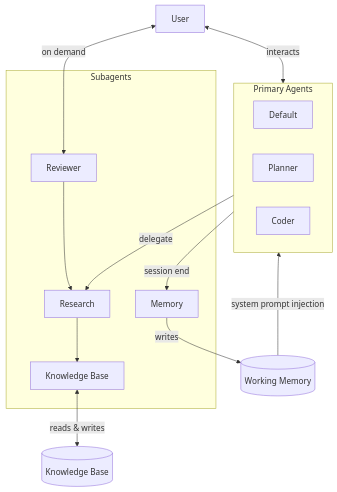
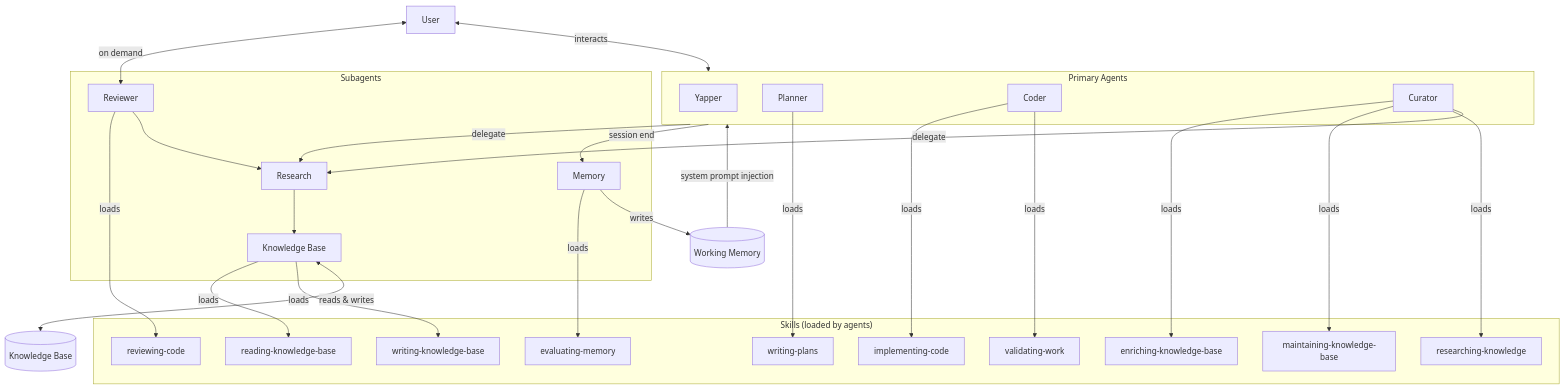
One commit to eeternalsadness/vibe-ai-agent-harness changed the diagram in README.md. Above: the diagram before and after it, drawn with Mermaid. The commit also changed other lines of this file and 1 other file, not shown here.

````diff
--- a/README.md
+++ b/README.md
@@ -15,33 +15,59 @@
 ```mermaid
 graph TD
     User
 
     subgraph Primary["Primary Agents"]
-        Default
+        Yapper
         Planner
         Coder
+        Curator
     end
 
     subgraph Subagents
         Research
         KnowledgeBase[Knowledge Base]
         Memory
         Reviewer
+    end
+
+    subgraph Skills["Skills (loaded by agents)"]
+        WritingPlans[writing-plans]
+        ImplementingCode[implementing-code]
+        ValidatingWork[validating-work]
+        EnrichingKB[enriching-knowledge-base]
+        MaintainingKB[maintaining-knowledge-base]
+        ResearchingKN[researching-knowledge]
+        ReadingKB[reading-knowledge-base]
+        WritingKB[writing-knowledge-base]
+        EvaluatingMemory[evaluating-memory]
+        ReviewingCode[reviewing-code]
     end
 
     KB[(Knowledge Base)]
     WM[(Working Memory)]
 
     User <-->|interacts| Primary
     User <-->|on demand| Reviewer
 
     Primary -->|delegate| Research
     Primary -->|session end| Memory
 
+    Planner -->|loads| WritingPlans
+    Coder -->|loads| ImplementingCode
+    Coder -->|loads| ValidatingWork
+    Curator -->|loads| EnrichingKB
+    Curator -->|loads| MaintainingKB
+    Curator -->|loads| ResearchingKN
+    KnowledgeBase -->|loads| ReadingKB
+    KnowledgeBase -->|loads| WritingKB
+    Memory -->|loads| EvaluatingMemory
+    Reviewer -->|loads| ReviewingCode
+
     Reviewer --> Research
+    Curator -->|delegate| Research
     Research --> KnowledgeBase
     KnowledgeBase <-->|reads & writes| KB
 
     Memory -->|writes| WM
     WM -->|system prompt injection| Primary
 ```
````
